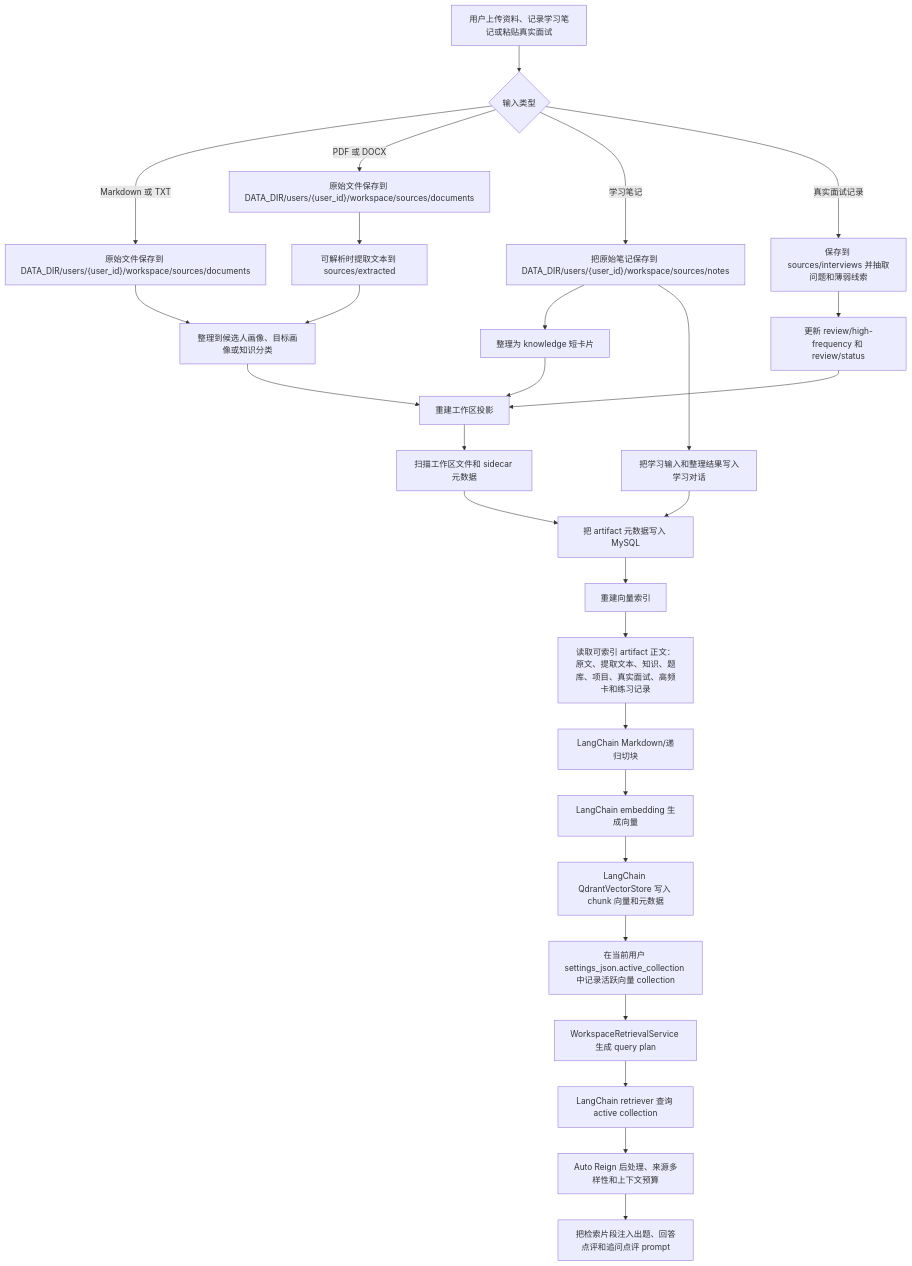
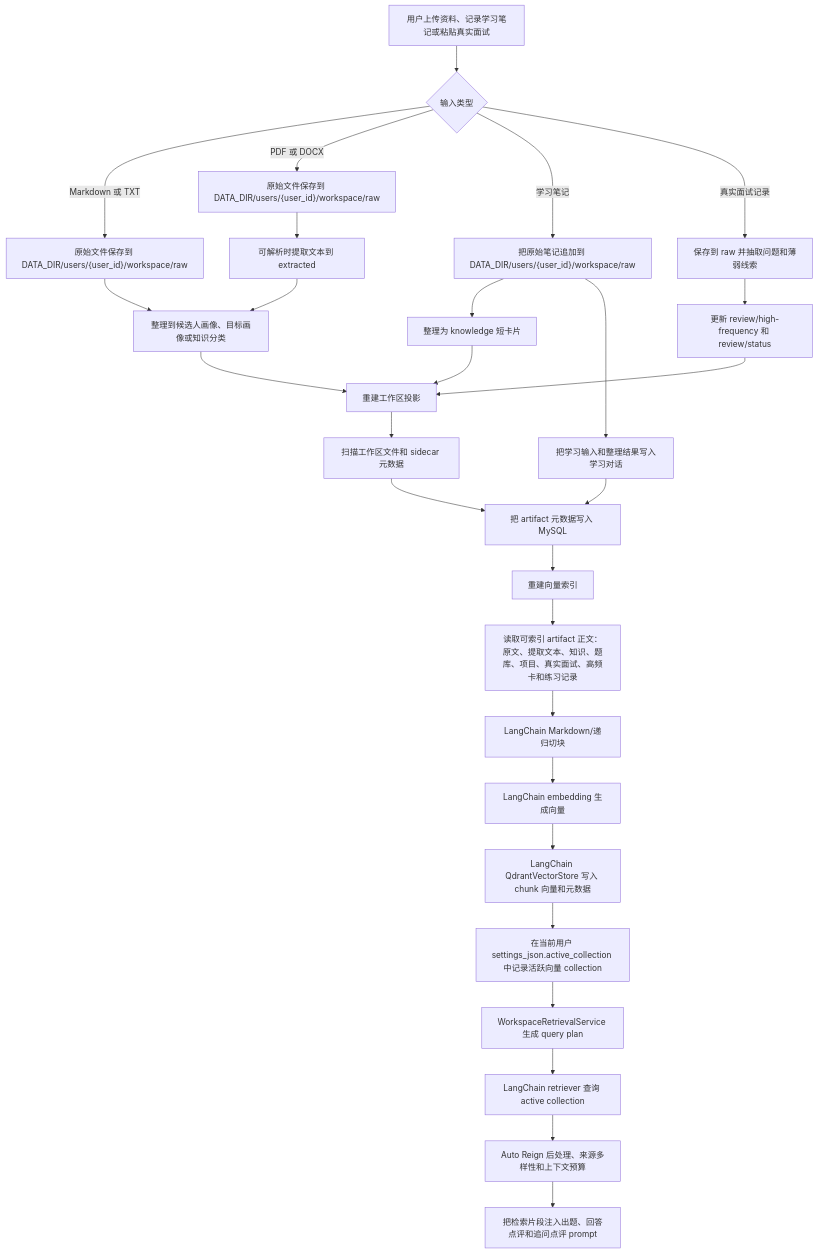
The diagram in docs/knowledge-data-flow.md (wxcfox/auto-reign), drawn with Mermaid before and after one commit. The commit also changed other lines of this file and 36 other files, not shown here.

````diff
--- a/docs/knowledge-data-flow.md
+++ b/docs/knowledge-data-flow.md
@@ -5,30 +5,30 @@
 ```mermaid
 flowchart TD
   A["用户上传资料、记录学习笔记或粘贴真实面试"] --> B{"输入类型"}
-  B -->|Markdown 或 TXT| C["原始文件保存到 DATA_DIR/users/{user_id}/workspace/sources/documents"]
-  B -->|PDF 或 DOCX| D["原始文件保存到 DATA_DIR/users/{user_id}/workspace/sources/documents"]
-  D --> E["可解析时提取文本到 sources/extracted"]
-  B -->|学习笔记| F["把原始笔记保存到 DATA_DIR/users/{user_id}/workspace/sources/notes"]
-  B -->|真实面试记录| V["保存到 sources/interviews 并抽取问题和薄弱线索"]
+  B -->|Markdown 或 TXT| C["原始文件保存到 DATA_DIR/users/{user_id}/workspace/raw"]
+  B -->|PDF 或 DOCX| D["原始文件保存到 DATA_DIR/users/{user_id}/workspace/raw"]
+  D --> E["可解析时提取文本到 extracted"]
+  B -->|学习笔记| F["把原始笔记追加到 DATA_DIR/users/{user_id}/workspace/raw"]
+  B -->|真实面试记录| V["保存到 raw 并抽取问题和薄弱线索"]
   F --> G["整理为 knowledge 短卡片"]
   V --> W["更新 review/high-frequency 和 review/status"]
   C --> H["整理到候选人画像、目标画像或知识分类"]
   E --> H
   G --> I["重建工作区投影"]
   W --> I
   H --> I
   I --> J["扫描工作区文件和 sidecar 元数据"]
   J --> K["把 artifact 元数据写入 MySQL"]
   F --> Y["把学习输入和整理结果写入学习对话"]
   Y --> K
   K --> L["重建向量索引"]
   L --> M["读取可索引 artifact 正文：原文、提取文本、知识、题库、项目、真实面试、高频卡和练习记录"]
   M --> N["LangChain Markdown/递归切块"]
   N --> O["LangChain embedding 生成向量"]
   O --> P["LangChain QdrantVectorStore 写入 chunk 向量和元数据"]
   P --> Q["在当前用户 settings_json.active_collection 中记录活跃向量 collection"]
   Q --> R["WorkspaceRetrievalService 生成 query plan"]
   R --> S["LangChain retriever 查询 active collection"]
   S --> T["Auto Reign 后处理、来源多样性和上下文预算"]
   T --> U["把检索片段注入出题、回答点评和追问点评 prompt"]
 ```
````
